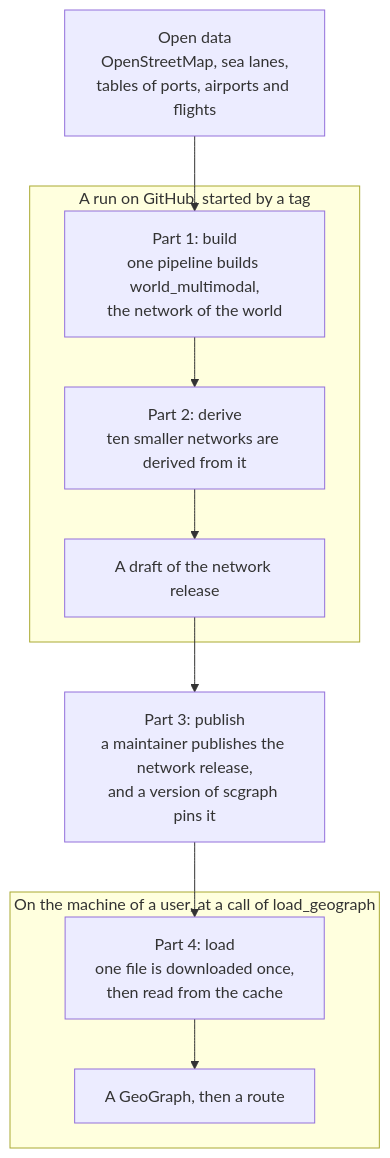
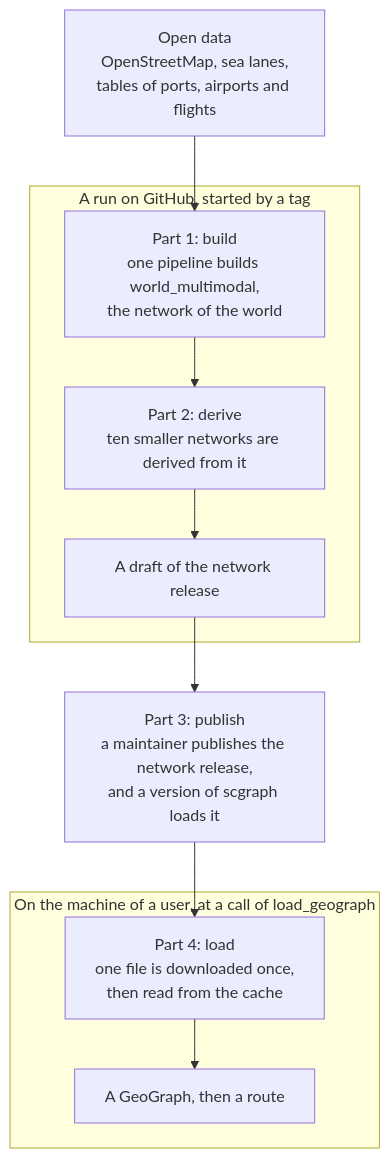
Before and after one commit to connor-makowski/scgraph: the first of 3 diagrams in scgraph/pipelines/README.md, drawn with Mermaid. The commit also changed other lines of this file, not shown here.

````diff
--- a/scgraph/pipelines/README.md
+++ b/scgraph/pipelines/README.md
@@ -13,19 +13,19 @@
 ```mermaid
 flowchart TD
     S["Open data<br/>OpenStreetMap, sea lanes,<br/>tables of ports, airports and flights"]
     subgraph RUN["A run on GitHub, started by a tag"]
         B["Part 1: build<br/>one pipeline builds world_multimodal,<br/>the network of the world"]
         D["Part 2: derive<br/>ten smaller networks are derived from it"]
         F["A draft of the network release"]
         B --> D --> F
     end
-    P["Part 3: publish<br/>a maintainer publishes the network release,<br/>and a version of scgraph pins it"]
+    P["Part 3: publish<br/>a maintainer publishes the network release,<br/>and a version of scgraph loads it"]
     subgraph USER["On the machine of a user, at a call of load_geograph"]
         L["Part 4: load<br/>one file is downloaded once,<br/>then read from the cache"]
         G["A GeoGraph, then a route"]
         L --> G
     end
     S --> B
     F --> P
     P --> L
 ```
````
